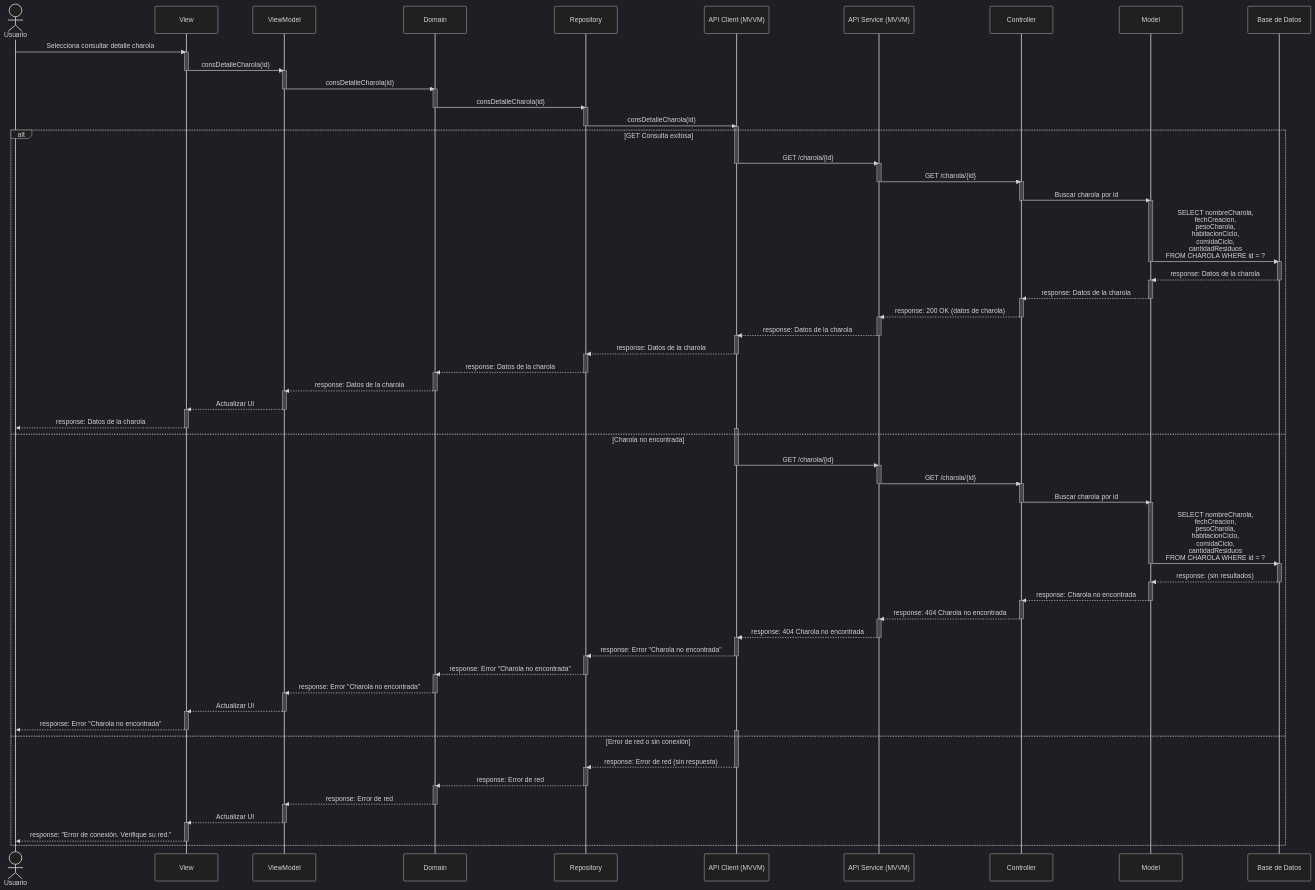
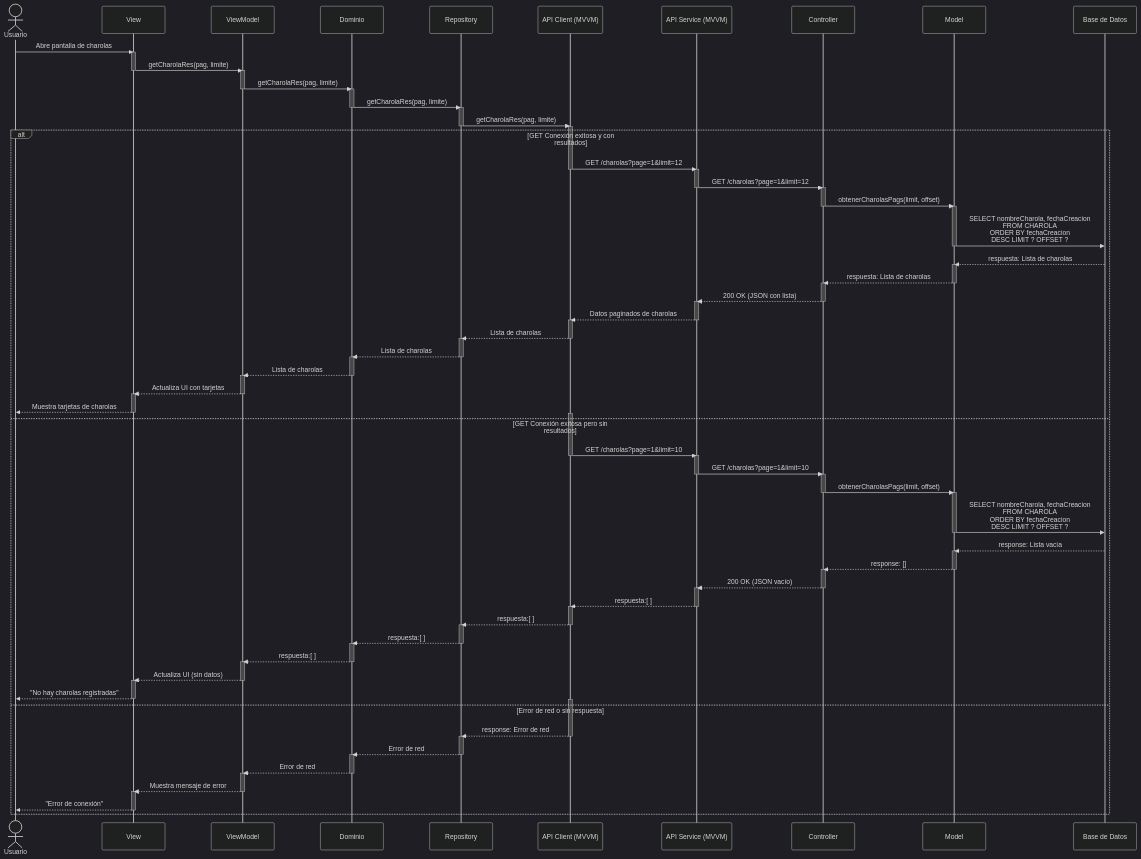
The diagram in documentation/docs/proyectos/larvas/documentacion/requisitos/RF16.md (CodeAnd-Co/Documentacion), drawn with Mermaid (dark theme) before and after one commit.

Commit message:
Modificar el dato que se obtiene del diagrama

````diff
--- a/documentation/docs/proyectos/larvas/documentacion/requisitos/RF16.md
+++ b/documentation/docs/proyectos/larvas/documentacion/requisitos/RF16.md
@@ -24,7 +24,7 @@
     actor Usuario
     participant View as View
     participant ViewModel as ViewModel
-    participant Domain as Domain
+    participant Domain as Dominio
     participant Repository as Repository
     participant APIClient as API Client (MVVM)
     participant APIService as API Service (MVVM)
@@ -32,149 +32,146 @@
     participant Model as Model
     participant Database as Base de Datos
 
-    
-    Usuario->>View: Selecciona consultar detalle charola
+    Usuario->>View: Abre pantalla de charolas
+
     activate View
-    View->>ViewModel: consDetalleCharola(id)
+    View->>ViewModel: getCharolaRes(pag, limite)
     deactivate View
 
     activate ViewModel
-    ViewModel->>Domain: consDetalleCharola(id)
+    ViewModel->>Domain: getCharolaRes(pag, limite)
     deactivate ViewModel
 
     activate Domain
-    Domain->>Repository: consDetalleCharola(id)
+    Domain->>Repository: getCharolaRes(pag, limite)
     deactivate Domain
 
     activate Repository
-    Repository->>APIClient: consDetalleCharola(id)
+    Repository->>APIClient: getCharolaRes(pag, limite)
     deactivate Repository
     activate APIClient
 
-    alt GET Consulta exitosa
-        APIClient->>APIService: GET /charola/{id}
+    alt GET Conexión exitosa y con resultados
+        APIClient->>APIService: GET /charolas?page=1&limit=12
         deactivate APIClient
 
         activate APIService
-        APIService->>Controller: GET /charola/{id}
+        APIService->>Controller: GET /charolas?page=1&limit=12
         deactivate APIService
 
         activate Controller
-        Controller->>Model: Buscar charola por id
+        Controller->>Model: obtenerCharolasPags(limit, offset)
         deactivate Controller
 
         activate Model
-        Model->>Database: SELECT nombreCharola, <br>fechCreacion, <br>pesoCharola, <br>habitacionCiclo, <br>comidaCiclo, <br>cantidadResiduos <br>FROM CHAROLA WHERE id = ?;
+        Model->>Database: SELECT nombreCharola, fechaCreacion <br>FROM CHAROLA <br>ORDER BY fechaCreacion <br>DESC LIMIT ? OFFSET ?
         deactivate Model
 
-        activate Database
-        Database-->>Model: response: Datos de la charola
-        deactivate Database
+        Database-->>Model: respuesta: Lista de charolas
 
         activate Model
-        Model-->>Controller: response: Datos de la charola
+        Model-->>Controller: respuesta: Lista de charolas
         deactivate Model
 
         activate Controller
-        Controller-->>APIService: response: 200 OK (datos de charola)
+        Controller-->>APIService: 200 OK (JSON con lista)
         deactivate Controller
 
         activate APIService
-        APIService-->>APIClient: response: Datos de la charola
+        APIService-->>APIClient: Datos paginados de charolas
         deactivate APIService
 
         activate APIClient
-        APIClient-->>Repository: response: Datos de la charola
+        APIClient-->>Repository: Lista de charolas
         deactivate APIClient
 
         activate Repository
-        Repository-->>Domain: response: Datos de la charola
+        Repository-->>Domain: Lista de charolas
         deactivate Repository
 
         activate Domain
-        Domain-->>ViewModel: response: Datos de la charola
+        Domain-->>ViewModel: Lista de charolas
         deactivate Domain
 
         activate ViewModel
-        ViewModel-->>View: Actualizar UI
+        ViewModel-->>View: Actualiza UI con tarjetas
         deactivate ViewModel
 
         activate View
-        View-->>Usuario: response: Datos de la charola
+        View-->>Usuario: Muestra tarjetas de charolas
         deactivate View
         activate APIClient
 
-    else Charola no encontrada
-        APIClient->>APIService: GET /charola/{id}
+    else GET Conexión exitosa pero sin resultados
+        APIClient->>APIService: GET /charolas?page=1&limit=10
         deactivate APIClient
 
         activate APIService
-        APIService->>Controller: GET /charola/{id}
+        APIService->>Controller: GET /charolas?page=1&limit=10
         deactivate APIService
 
         activate Controller
-        Controller->>Model: Buscar charola por id
+        Controller->>Model: obtenerCharolasPags(limit, offset)
         deactivate Controller
 
         activate Model
-        Model->>Database: SELECT nombreCharola, <br>fechCreacion, <br>pesoCharola, <br>habitacionCiclo, <br>comidaCiclo, <br>cantidadResiduos <br>FROM CHAROLA WHERE id = ?;
+        Model->>Database: SELECT nombreCharola, fechaCreacion <br>FROM CHAROLA <br>ORDER BY fechaCreacion <br>DESC LIMIT ? OFFSET ?
         deactivate Model
 
-        activate Database
-        Database-->>Model: response: (sin resultados)
-        deactivate Database
+        Database-->>Model: response: Lista vacía
 
         activate Model
-        Model-->>Controller: response: Charola no encontrada
+        Model-->>Controller: response: []
         deactivate Model
 
         activate Controller
-        Controller-->>APIService: response: 404 Charola no encontrada
+        Controller-->>APIService: 200 OK (JSON vacío)
         deactivate Controller
 
         activate APIService
-        APIService-->>APIClient: response: 404 Charola no encontrada
+        APIService-->>APIClient: respuesta:[ ]
         deactivate APIService
-        
+
         activate APIClient
-        APIClient-->>Repository: response: Error "Charola no encontrada"
+        APIClient-->>Repository: respuesta:[ ]
         deactivate APIClient
 
         activate Repository
-        Repository-->>Domain: response: Error "Charola no encontrada"
+        Repository-->>Domain: respuesta:[ ]
         deactivate Repository
 
         activate Domain
-        Domain-->>ViewModel: response: Error "Charola no encontrada"
+        Domain-->>ViewModel: respuesta:[ ]
         deactivate Domain
 
         activate ViewModel
-        ViewModel-->>View: Actualizar UI
+        ViewModel-->>View: Actualiza UI (sin datos)
         deactivate ViewModel
 
         activate View
-        View-->>Usuario: response: Error "Charola no encontrada"
+        View-->>Usuario: "No hay charolas registradas"
         deactivate View
         activate APIClient
 
-    else Error de red o sin conexión
-        APIClient-->>Repository: response: Error de red (sin respuesta)
+    else Error de red o sin respuesta
+        APIClient-->>Repository: response: Error de red
         deactivate APIClient
 
         activate Repository
-        Repository-->>Domain: response: Error de red
+        Repository-->>Domain: Error de red
         deactivate Repository
 
         activate Domain
-        Domain-->>ViewModel: response: Error de red
+        Domain-->>ViewModel: Error de red
         deactivate Domain
 
         activate ViewModel
-        ViewModel-->>View: Actualizar UI
+        ViewModel-->>View: Muestra mensaje de error
         deactivate ViewModel
 
         activate View
-        View-->>Usuario: response: "Error de conexión. Verifique su red."
+        View-->>Usuario: "Error de conexión"
         deactivate View
     end
+
 ```
````
